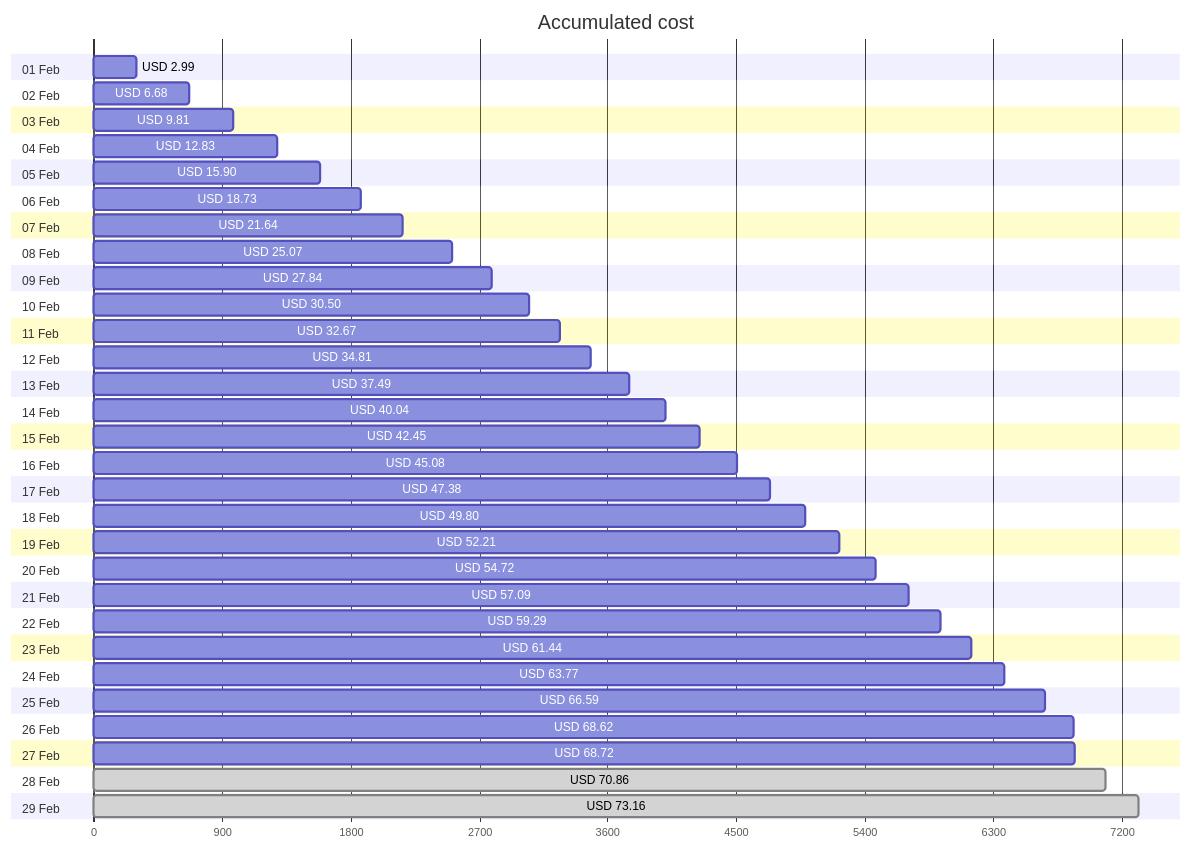
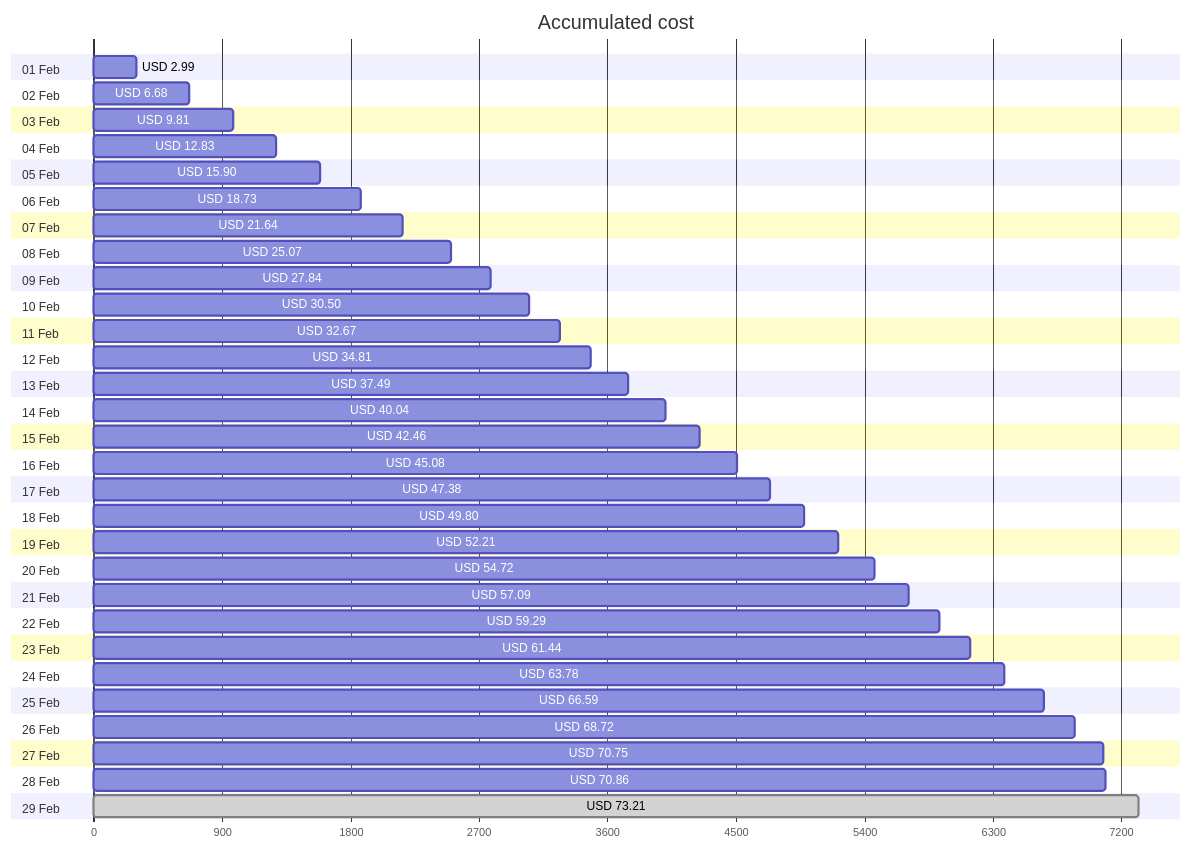
One commit to jpfulton/azure-personal-reports changed the first of 4 diagrams in cost-reports/accumulated-cost.md. Above: the diagram before and after it, drawn with Mermaid. The commit also changed other lines of this file and 4 other files, not shown here.

````diff
--- a/cost-reports/accumulated-cost.md
+++ b/cost-reports/accumulated-cost.md
@@ -20,64 +20,64 @@
 ```mermaid
 gantt
    title Accumulated cost
    dateFormat  X
    axisFormat %s
    section 01 Feb
    USD 2.99 :0, 299
    section 02 Feb
    USD 6.68 :0, 668
    section 03 Feb
    USD 9.81 :0, 981
    section 04 Feb
    USD 12.83 :0, 1283
    section 05 Feb
    USD 15.90 :0, 1590
    section 06 Feb
    USD 18.73 :0, 1873
    section 07 Feb
    USD 21.64 :0, 2164
    section 08 Feb
    USD 25.07 :0, 2507
    section 09 Feb
    USD 27.84 :0, 2784
    section 10 Feb
    USD 30.50 :0, 3050
    section 11 Feb
    USD 32.67 :0, 3267
    section 12 Feb
    USD 34.81 :0, 3481
    section 13 Feb
    USD 37.49 :0, 3749
    section 14 Feb
    USD 40.04 :0, 4004
    section 15 Feb
-   USD 42.45 :0, 4245
+   USD 42.46 :0, 4246
    section 16 Feb
    USD 45.08 :0, 4508
    section 17 Feb
    USD 47.38 :0, 4738
    section 18 Feb
    USD 49.80 :0, 4980
    section 19 Feb
    USD 52.21 :0, 5221
    section 20 Feb
    USD 54.72 :0, 5472
    section 21 Feb
    USD 57.09 :0, 5709
    section 22 Feb
    USD 59.29 :0, 5929
    section 23 Feb
    USD 61.44 :0, 6144
    section 24 Feb
-   USD 63.77 :0, 6377
+   USD 63.78 :0, 6378
    section 25 Feb
    USD 66.59 :0, 6659
    section 26 Feb
-   USD 68.62 :0, 6862
+   USD 68.72 :0, 6872
    section 27 Feb
-   USD 68.72 :0, 6872
+   USD 70.75 :0, 7075
    section 28 Feb
-   USD 70.86 : done, 0, 7086
+   USD 70.86 :0, 7086
    section 29 Feb
-   USD 73.16 : done, 0, 7316
+   USD 73.21 : done, 0, 7321
 ```
````
